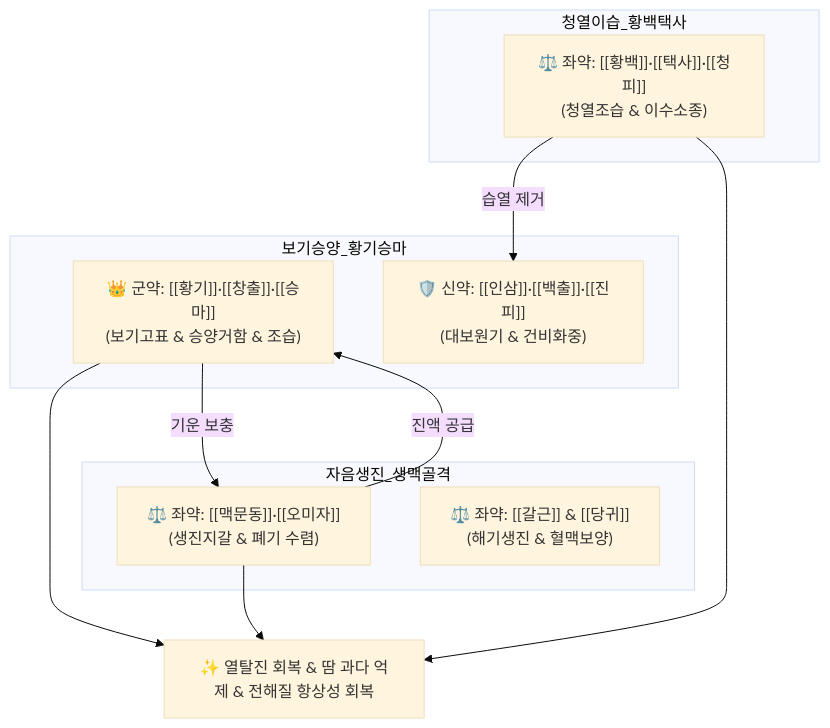
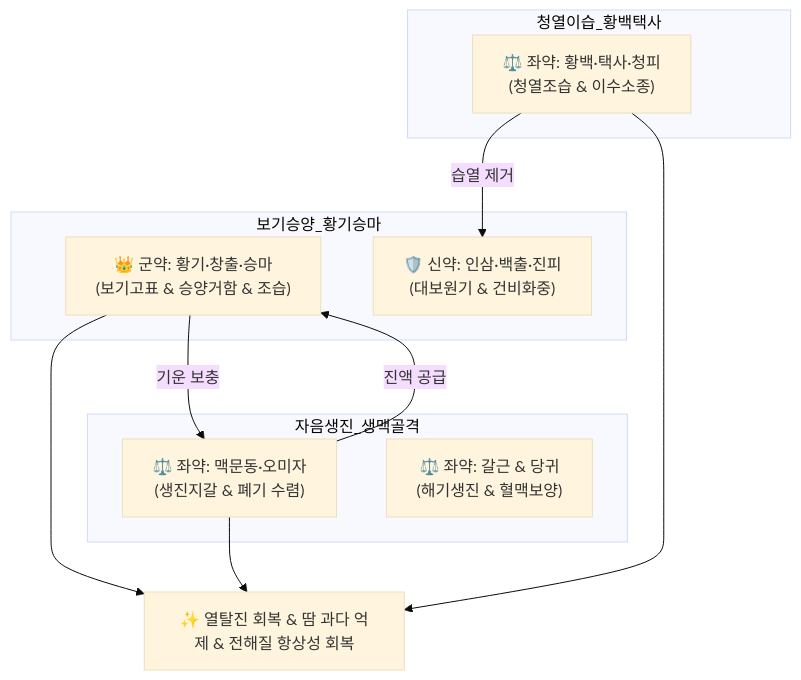
One commit to simbio11/simbio-digital-garden2 changed the diagram in content/2. 약리 공부/처방/02_보익제/청서익기탕.md. Above: the diagram before and after it, drawn with Mermaid (base theme). The commit also changed other lines of this file and 323 other files, not shown here.

````diff
--- a/content/2. 약리 공부/처방/02_보익제/청서익기탕.md
+++ b/content/2. 약리 공부/처방/02_보익제/청서익기탕.md
@@ -55,18 +57,18 @@
 ```mermaid
 graph TD
     subgraph 보기승양_황기승마
-        HG["👑 군약: [[황기]]·[[창출]]·[[승마]]<br>(보기고표 & 승양거함 & 조습)"]
-        IS["🛡️ 신약: [[인삼]]·[[백출]]·[[진피]]<br>(대보원기 & 건비화중)"]
+        HG["👑 군약: 황기·창출·승마<br>(보기고표 & 승양거함 & 조습)"]
+        IS["🛡️ 신약: 인삼·백출·진피<br>(대보원기 & 건비화중)"]
     end
     subgraph 자음생진_생맥골격
-        SM["⚖️ 좌약: [[맥문동]]·[[오미자]]<br>(생진지갈 & 폐기 수렴)"]
-        GG["⚖️ 좌약: [[갈근]] & [[당귀]]<br>(해기생진 & 혈맥보양)"]
+        SM["⚖️ 좌약: 맥문동·오미자<br>(생진지갈 & 폐기 수렴)"]
+        GG["⚖️ 좌약: 갈근 & 당귀<br>(해기생진 & 혈맥보양)"]
     end
     subgraph 청열이습_황백택사
-        HB["⚖️ 좌약: [[황백]]·[[택사]]·[[청피]]<br>(청열조습 & 이수소종)"]
+        HB["⚖️ 좌약: 황백·택사·청피<br>(청열조습 & 이수소종)"]
     end
     HG -->|기운 보충| SM
     HB -->|습열 제거| IS
     SM -->|진액 공급| HG
     HG & SM & HB --> Target["✨ 열탈진 회복 & 땀 과다 억제 & 전해질 항상성 회복"]
 ```
````
